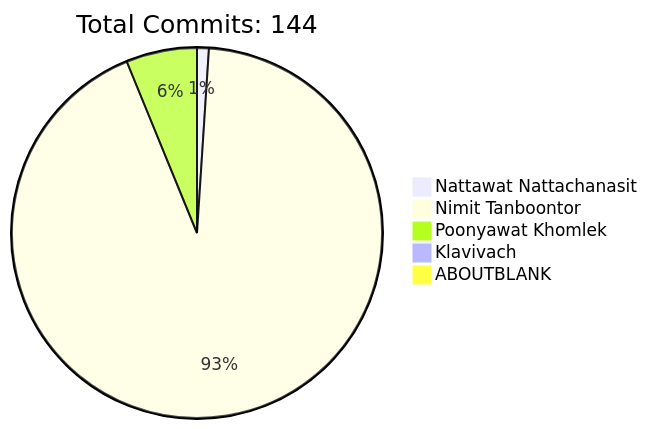
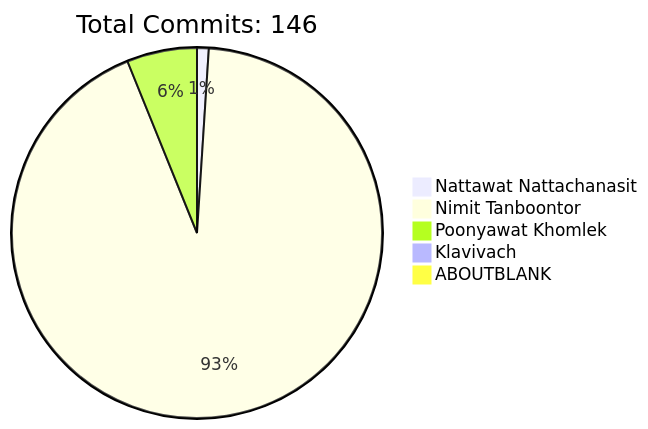
The diagram in README.md (HLLC-MFU/HLLC-2025), drawn with Mermaid before and after one commit. The commit also changed other lines of this file, not shown here.

````diff
--- a/README.md
+++ b/README.md
@@ -170,9 +170,9 @@
 ```mermaid
 pie
-    title Total Commits: 144
+    title Total Commits: 146
     "Nattawat Nattachanasit" : 1
-    "Nimit Tanboontor" : 90
+    "Nimit Tanboontor" : 91
     "Poonyawat Khomlek" : 6
     "Klavivach" : 0
     "ABOUTBLANK" : 0
 ```
````
